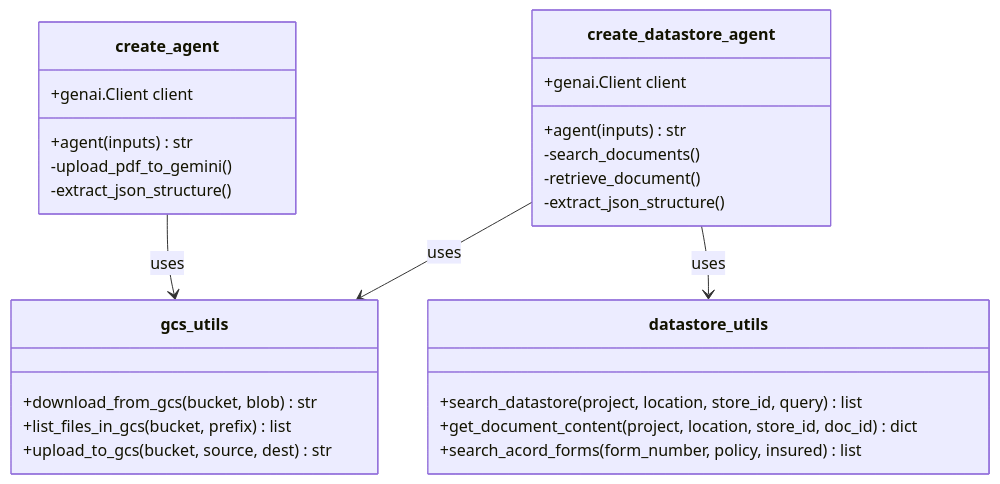
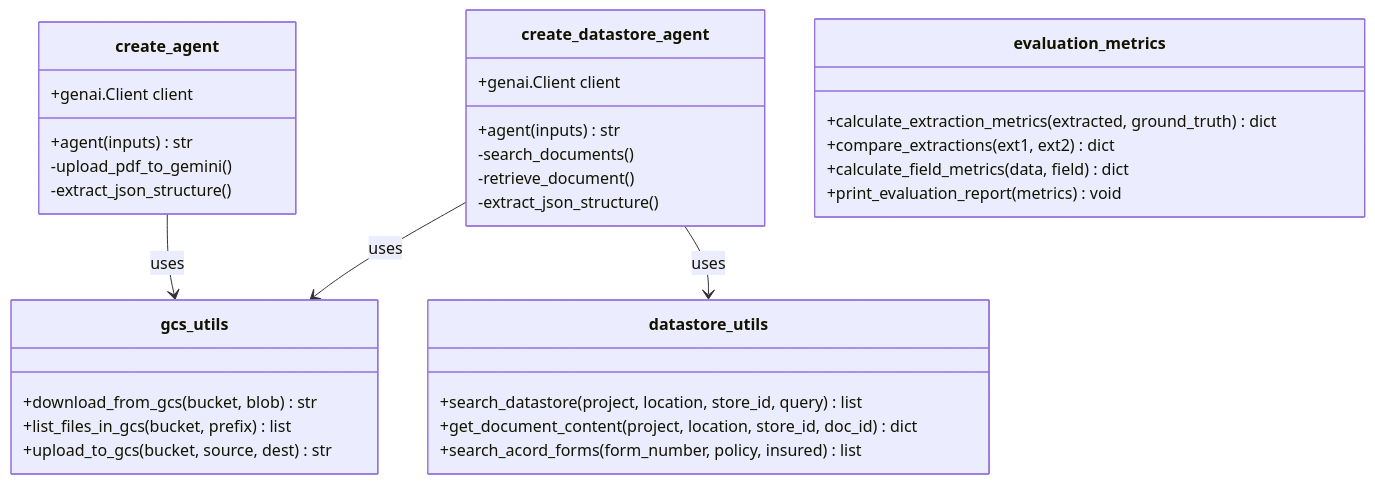
Before and after one commit to jaynro/acord-local-extractor: the fifth of 5 diagrams in README.md, drawn with Mermaid. The commit also changed other lines of this file and 6 other files, not shown here.

````diff
--- a/README.md
+++ b/README.md
@@ -115,33 +138,40 @@
 ```mermaid
 classDiagram
     class create_agent {
         +genai.Client client
         +agent(inputs) str
         -upload_pdf_to_gemini()
         -extract_json_structure()
     }
     
     class create_datastore_agent {
         +genai.Client client
         +agent(inputs) str
         -search_documents()
         -retrieve_document()
         -extract_json_structure()
     }
     
     class gcs_utils {
         +download_from_gcs(bucket, blob) str
         +list_files_in_gcs(bucket, prefix) list
         +upload_to_gcs(bucket, source, dest) str
     }
     
     class datastore_utils {
         +search_datastore(project, location, store_id, query) list
         +get_document_content(project, location, store_id, doc_id) dict
         +search_acord_forms(form_number, policy, insured) list
     }
     
+    class evaluation_metrics {
+        +calculate_extraction_metrics(extracted, ground_truth) dict
+        +compare_extractions(ext1, ext2) dict
+        +calculate_field_metrics(data, field) dict
+        +print_evaluation_report(metrics) void
+    }
+    
     create_agent --> gcs_utils : uses
     create_datastore_agent --> gcs_utils : uses
     create_datastore_agent --> datastore_utils : uses
 ```
````
